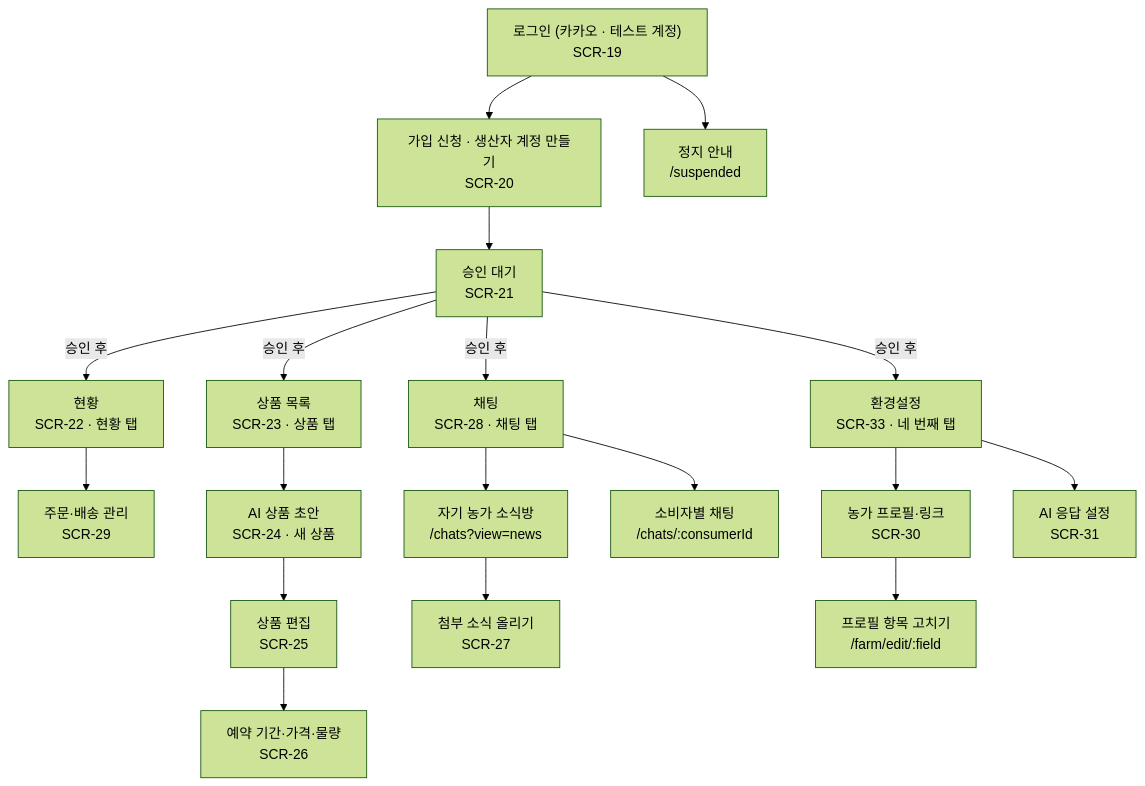
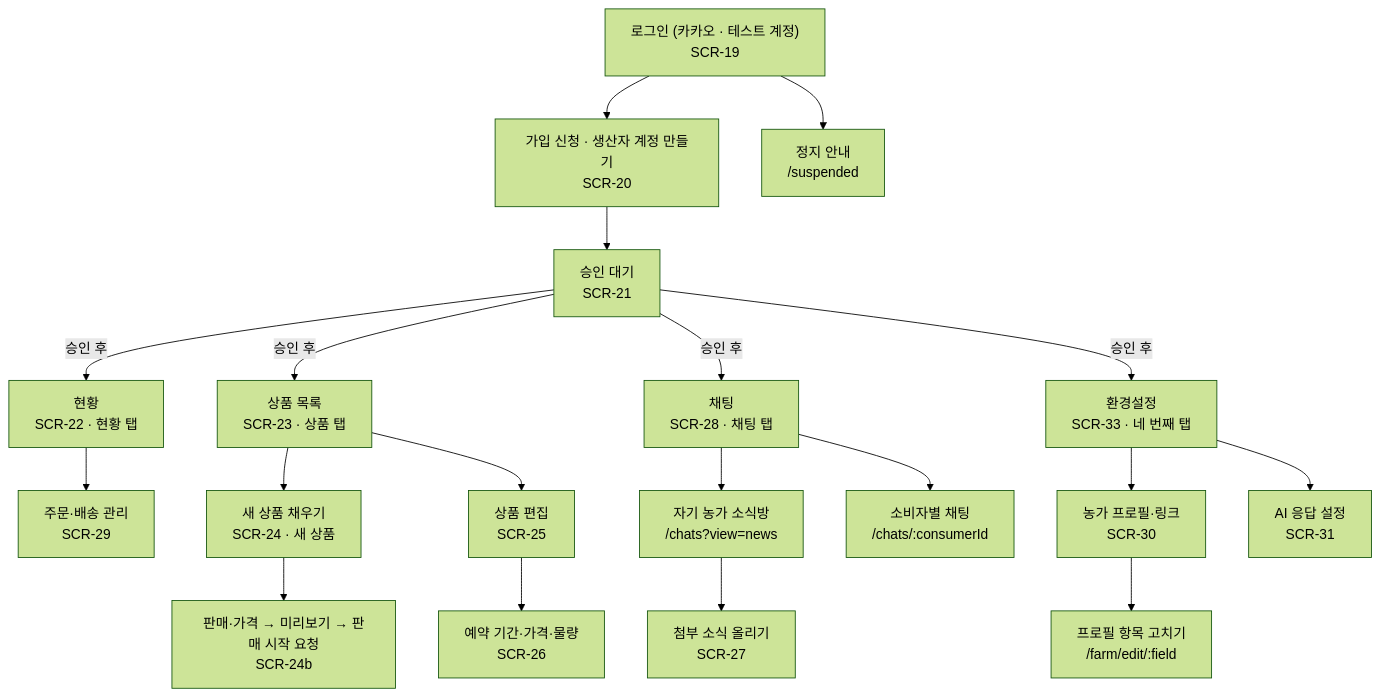
The second of 4 diagrams in docs/spec/ia.md (snuhcs-course/swpp-2026-project-team-06), drawn with Mermaid (forest theme) before and after one commit. The commit also changed other lines of this file and 23 other files, not shown here.

````diff
--- a/docs/spec/ia.md
+++ b/docs/spec/ia.md
@@ -60,17 +60,18 @@
 ```mermaid
 flowchart TD
   login["로그인 (카카오 · 테스트 계정)<br/>SCR-19"] --> apply["가입 신청 · 생산자 계정 만들기<br/>SCR-20"] --> pending["승인 대기<br/>SCR-21"]
   login --> suspended["정지 안내<br/>/suspended"]
   pending -- 승인 후 --> home["현황<br/>SCR-22 · 현황 탭"]
   pending -- 승인 후 --> products["상품 목록<br/>SCR-23 · 상품 탭"]
   pending -- 승인 후 --> questions["채팅<br/>SCR-28 · 채팅 탭"]
   pending -- 승인 후 --> settings["환경설정<br/>SCR-33 · 네 번째 탭"]
   settings --> farmtab["농가 프로필·링크<br/>SCR-30"]
   room --> broadcast["첨부 소식 올리기<br/>SCR-27"]
   home --> ship["주문·배송 관리<br/>SCR-29"]
   questions --> room["자기 농가 소식방<br/>/chats?view=news"]
   settings --> ai["AI 응답 설정<br/>SCR-31"]
   questions --> qchat["소비자별 채팅<br/>/chats/:consumerId"]
   farmtab --> fedit["프로필 항목 고치기<br/>/farm/edit/:field"]
-  products --> draft["AI 상품 초안<br/>SCR-24 · 새 상품"] --> edit["상품 편집<br/>SCR-25"] --> stages["예약 기간·가격·물량<br/>SCR-26"]
+  products --> draft["새 상품 채우기<br/>SCR-24 · 새 상품"] --> sell["판매·가격 → 미리보기 → 판매 시작 요청<br/>SCR-24b"]
+  products --> edit["상품 편집<br/>SCR-25"] --> stages["예약 기간·가격·물량<br/>SCR-26"]
 ```
````
